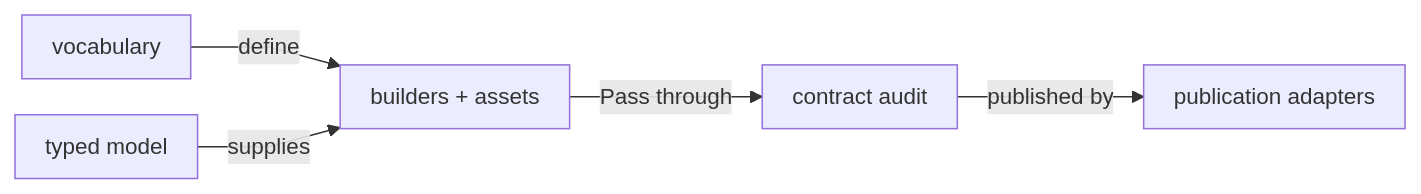
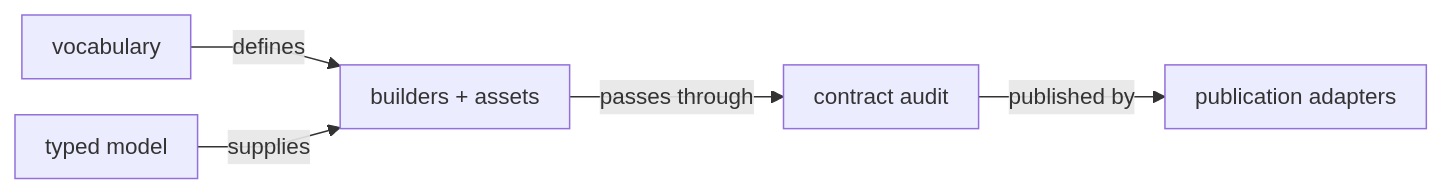
One commit to crististefanita/atf_j0 changed the second of 18 diagrams in atf-reporting/README.md. Above: the diagram before and after it, drawn with Mermaid. The commit also changed other lines of this file and 13 other files, not shown here.

````diff
--- a/atf-reporting/README.md
+++ b/atf-reporting/README.md
@@ -207,13 +204,13 @@
 ```mermaid
 %%{init: {"themeVariables":{"fontSize":"15px"},"themeCSS":".nodeLabel, .nodeLabel p { font-size: 15px !important; line-height: 1.35 !important; } .edgeLabel, .edgeLabel p { font-size: 12px !important; font-weight: 400 !important; line-height: 1.2 !important; } .edgeLabel .labelBkg, .edgeLabel p { background: transparent !important; } .edgeLabel foreignObject { transform: translateY(-18px); overflow: visible; } .node rect { rx: 6px; ry: 6px; }","flowchart":{"curve":"linear","nodeSpacing":24,"rankSpacing":40,"padding":10,"diagramPadding":16}}}%%
 flowchart LR
     Vocabulary[vocabulary]
     Runtime[typed model]
     Serialize[builders + assets]
     Audit[contract audit]
     Publish[publication adapters]
-    Vocabulary -->|define| Serialize
+    Vocabulary -->|defines| Serialize
     Runtime -->|supplies| Serialize
-    Serialize -->|Pass through| Audit
+    Serialize -->|passes through| Audit
     Audit -->|published by| Publish
 ```
````
